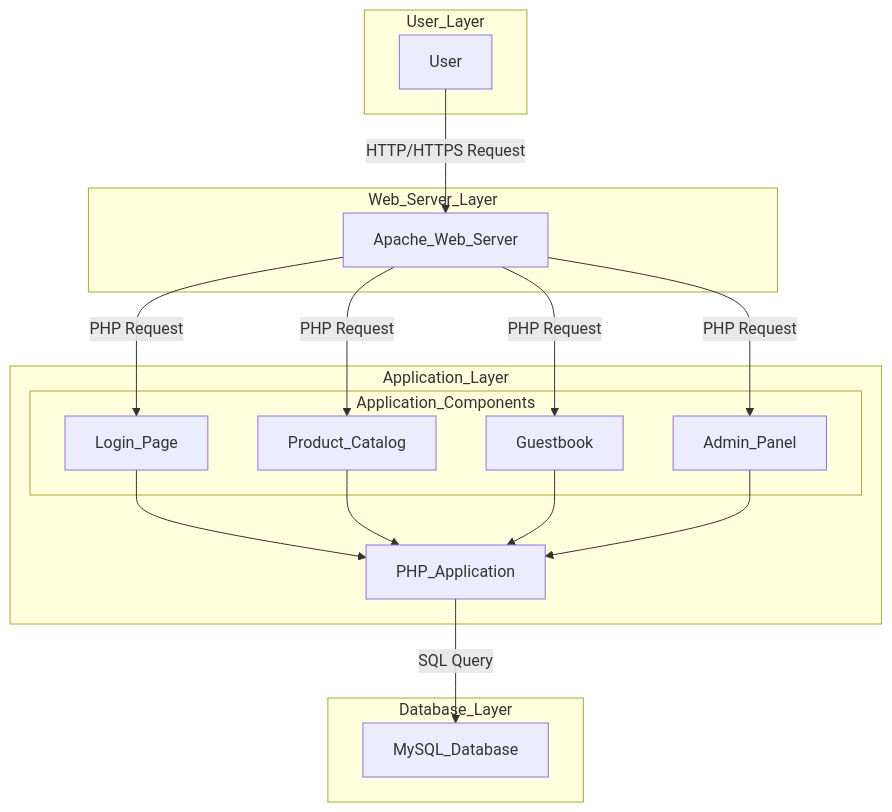
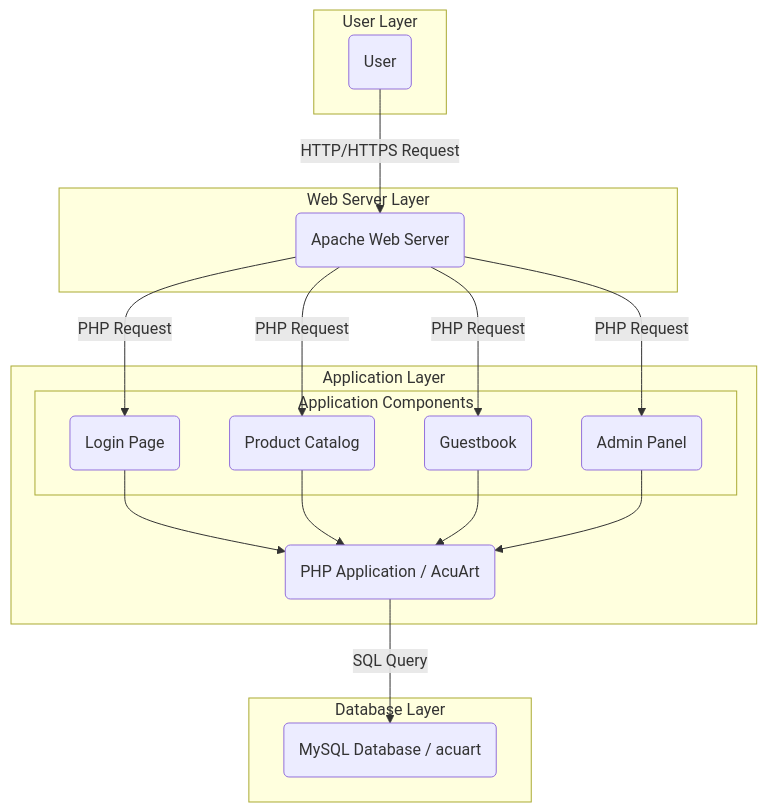
Before and after one commit to abathgate007/agents: the diagram in output.mmd, drawn with Mermaid. The commit also changed 11 other files, not shown here.

````diff
--- a/output.mmd
+++ b/output.mmd
@@ -1,37 +3,32 @@
 ```mermaid
 graph TD
-    subgraph User_Layer
-        User
+    subgraph User Layer
+        A(User)
+    end
+    subgraph Web Server Layer
+        B(Apache Web Server)
+    end
+    subgraph Application Layer
+        subgraph Application Components
+            C(Login Page)
+            D(Product Catalog)
+            E(Guestbook)
+            F(Admin Panel)
+        end
+        G(PHP Application / AcuArt)
+    end
+    subgraph Database Layer
+        H(MySQL Database / acuart)
     end
 
-    subgraph Web_Server_Layer
-        Apache_Web_Server
-    end
-
-    subgraph Application_Layer
-        subgraph Application_Components
-            Login_Page
-            Product_Catalog
-            Guestbook
-            Admin_Panel
-        end
-        PHP_Application
-    end
-
-    subgraph Database_Layer
-        MySQL_Database
-    end
-
-    User -->|HTTP/HTTPS Request| Apache_Web_Server
-    Apache_Web_Server -->|PHP Request| Login_Page
-    Apache_Web_Server -->|PHP Request| Product_Catalog
-    Apache_Web_Server -->|PHP Request| Guestbook
-    Apache_Web_Server -->|PHP Request| Admin_Panel
-    
-    Login_Page --> PHP_Application
-    Product_Catalog --> PHP_Application
-    Guestbook --> PHP_Application
-    Admin_Panel --> PHP_Application
-
-    PHP_Application -->|SQL Query| MySQL_Database
+    A -- HTTP/HTTPS Request --> B
+    B -- PHP Request --> C
+    B -- PHP Request --> D
+    B -- PHP Request --> E
+    B -- PHP Request --> F
+    C --> G
+    D --> G
+    E --> G
+    F --> G
+    G -- SQL Query --> H
 ```
````
